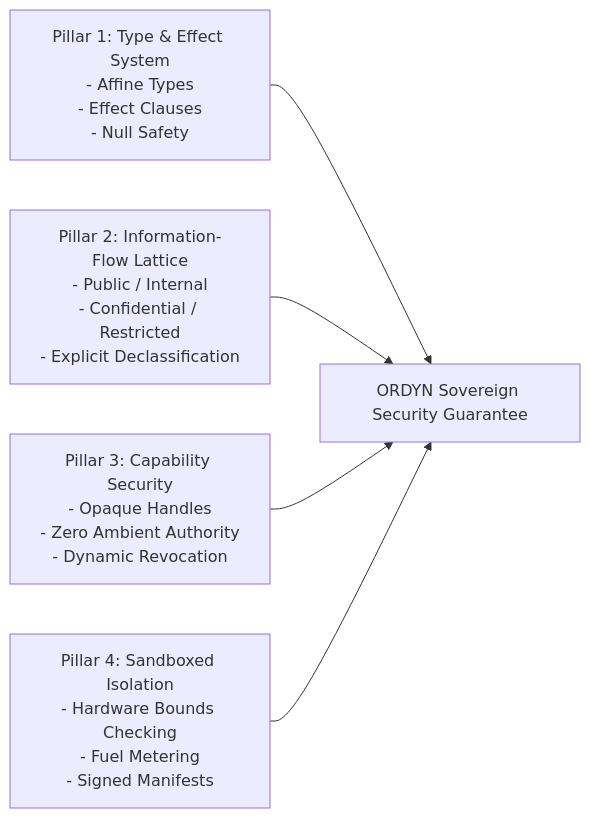
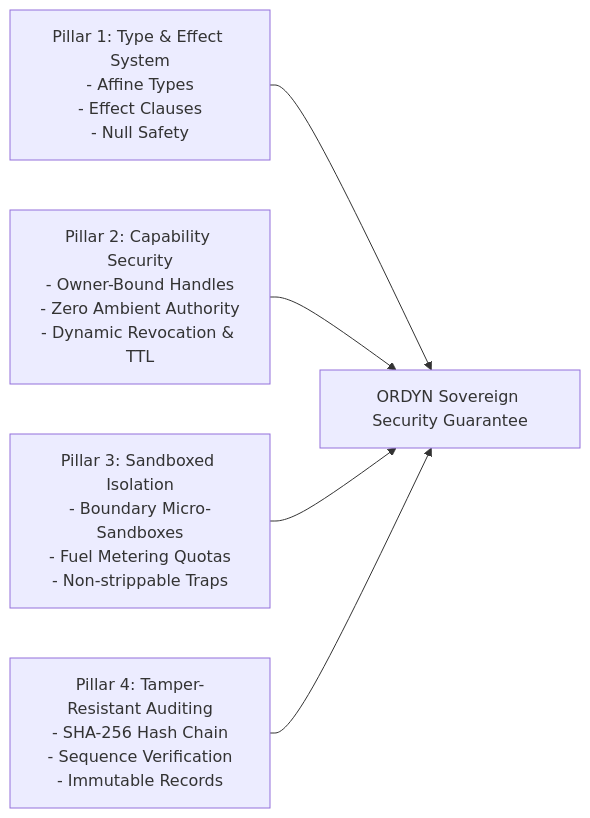
One commit to M1k3lee/ORDYN changed the diagram in docs/architecture/SECURITY_ARCHITECTURE.md. Above: the diagram before and after it, drawn with Mermaid. The commit also changed other lines of this file and 28 other files, not shown here.

Commit message:
feat(security,web): Milestone 8 sovereign hardening, 5 superpowers, AIO/GEO schemas, and mobile responsive layout fixes

````diff
--- a/docs/architecture/SECURITY_ARCHITECTURE.md
+++ b/docs/architecture/SECURITY_ARCHITECTURE.md
@@ -38,12 +42,12 @@
 ```mermaid
 flowchart LR
     P1["Pillar 1: Type & Effect System\n- Affine Types\n- Effect Clauses\n- Null Safety"]
-    P2["Pillar 2: Information-Flow Lattice\n- Public / Internal\n- Confidential / Restricted\n- Explicit Declassification"]
-    P3["Pillar 3: Capability Security\n- Opaque Handles\n- Zero Ambient Authority\n- Dynamic Revocation"]
-    P4["Pillar 4: Sandboxed Isolation\n- Hardware Bounds Checking\n- Fuel Metering\n- Signed Manifests"]
+    P2["Pillar 2: Capability Security\n- Owner-Bound Handles\n- Zero Ambient Authority\n- Dynamic Revocation & TTL"]
+    P3["Pillar 3: Sandboxed Isolation\n- Boundary Micro-Sandboxes\n- Fuel Metering Quotas\n- Non-strippable Traps"]
+    P4["Pillar 4: Tamper-Resistant Auditing\n- SHA-256 Hash Chain\n- Sequence Verification\n- Immutable Records"]
 
     P1 --> SEC["ORDYN Sovereign Security Guarantee"]
     P2 --> SEC
     P3 --> SEC
     P4 --> SEC
 ```
````
